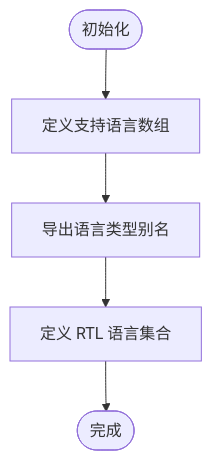
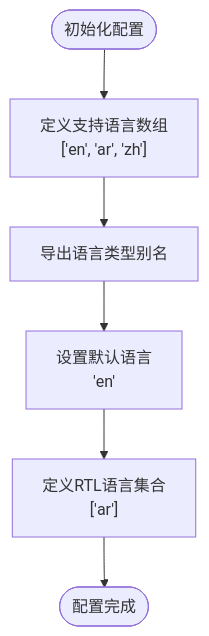
One commit to three3638-arch/celestia_2b changed the third of 8 diagrams in .qoder/repowiki/zh/content/国际化系统/国际化系统.md. Above: the diagram before and after it, drawn with Mermaid. The commit also changed other lines of this file and 17 other files, not shown here.

````diff
--- a/.qoder/repowiki/zh/content/国际化系统/国际化系统.md
+++ b/.qoder/repowiki/zh/content/国际化系统/国际化系统.md
@@ -125,7 +146,8 @@
 ```mermaid
 flowchart TD
-Start(["初始化"]) --> DefineLocales["定义支持语言数组"]
-DefineLocales --> ExportType["导出语言类型别名"]
-ExportType --> DefineRTL["定义 RTL 语言集合"]
-DefineRTL --> End(["完成"])
+Start(["初始化配置"]) --> Locales["定义支持语言数组<br/>['en', 'ar', 'zh']"]
+Locales --> Type["导出语言类型别名"]
+Type --> Default["设置默认语言<br/>'en'"]
+Default --> RTL["定义RTL语言集合<br/>['ar']"]
+RTL --> End(["配置完成"])
 ```
````
